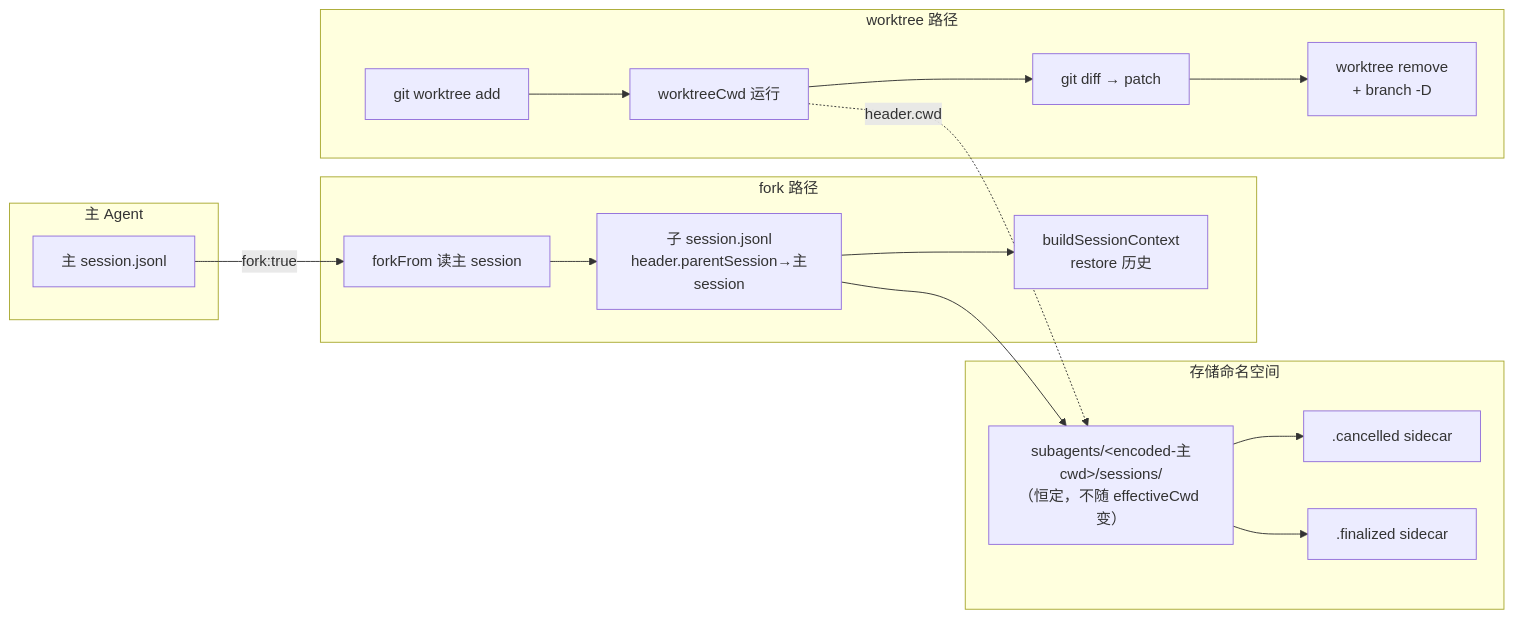
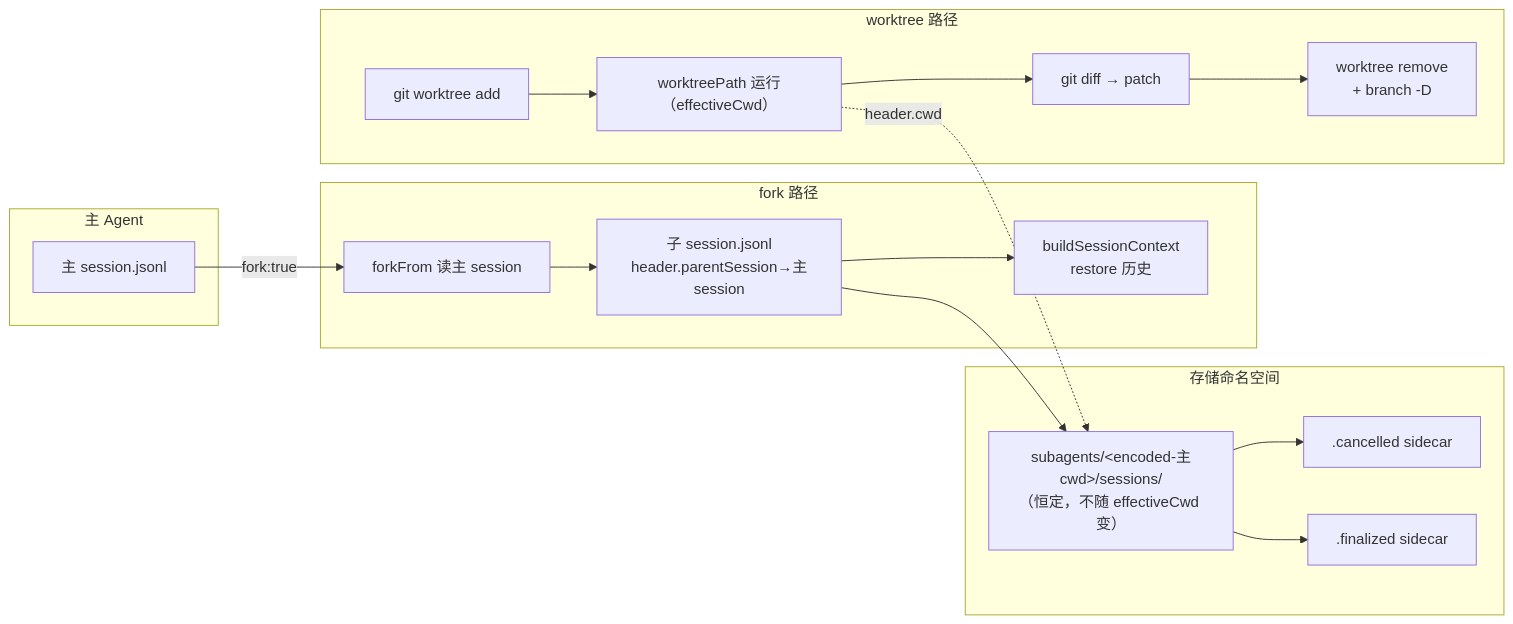
The second of 3 diagrams in .xyz-harness/2026-06-27-subagent-fork-worktree/requirements.md (zhushanwen321/xyz-pi-extensions), drawn with Mermaid before and after one commit. The commit also changed other lines of this file and 15 other files, not shown here.

````diff
--- a/.xyz-harness/2026-06-27-subagent-fork-worktree/requirements.md
+++ b/.xyz-harness/2026-06-27-subagent-fork-worktree/requirements.md
@@ -203,32 +203,32 @@
 ```mermaid
 graph LR
     subgraph 主Agent["主 Agent"]
         MS["主 session.jsonl"]
     end
     subgraph Fork["fork 路径"]
         F1["forkFrom 读主 session"]
         F2["子 session.jsonl\nheader.parentSession→主session"]
         F3["buildSessionContext\nrestore 历史"]
     end
     subgraph Worktree["worktree 路径"]
         W1["git worktree add"]
-        W2["worktreeCwd 运行"]
+        W2["worktreePath 运行（effectiveCwd）"]
         W3["git diff → patch"]
         W4["worktree remove\n+ branch -D"]
     end
     subgraph 存储["存储命名空间"]
         SD["subagents/&lt;encoded-主cwd&gt;/sessions/\n（恒定，不随 effectiveCwd 变）"]
         SC[".cancelled sidecar"]
         SF[".finalized sidecar"]
     end
     MS -->|fork:true| F1
     F1 --> F2
     F2 --> F3
     F2 --> SD
     W1 --> W2
     W2 --> W3
     W3 --> W4
     W2 -.->|header.cwd| SD
     SD --> SC
     SD --> SF
 ```
````
